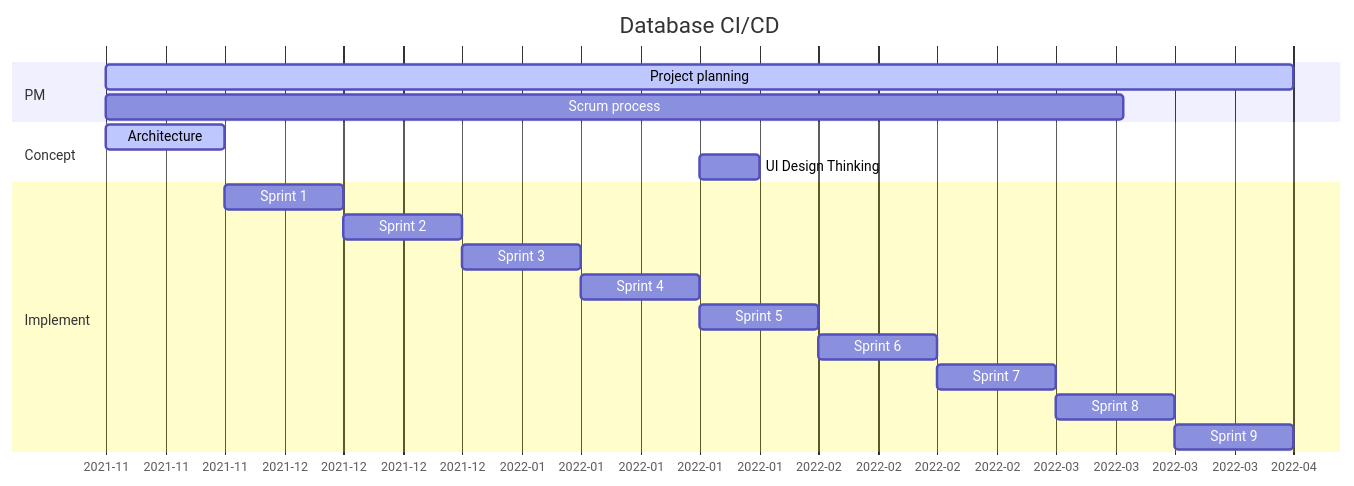
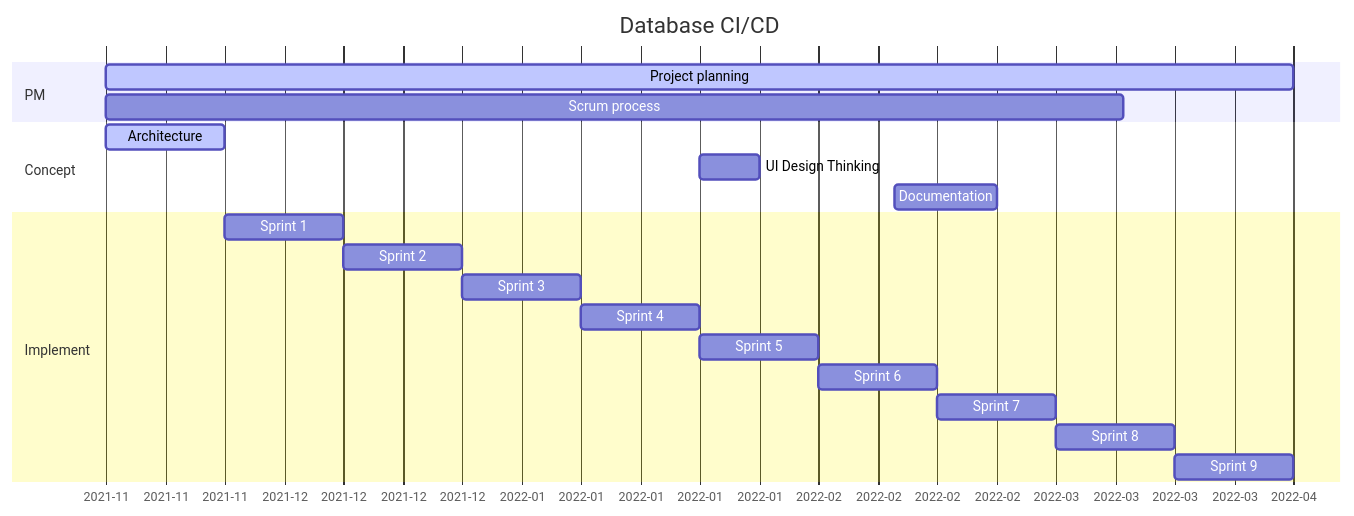
One commit to rtdi/AppContainer changed the diagram in README.md. Above: the diagram before and after it, drawn with Mermaid.

````diff
--- a/README.md
+++ b/README.md
@@ -11,22 +11,23 @@
 ```mermaid
 gantt
     title Database CI/CD
     dateFormat  YYYY-MM-DD
     axisFormat  %Y-%m
     section PM
         Project planning            :active,    PP,          2021-11-14,          140d
         Scrum process               :           SCRUM,       2021-11-14,          120d
     section Concept
         Architecture                :active,    ARCH,        2021-11-14,           14d
         UI Design Thinking          :           UI,          after SPRINT04,        7d
+        Documentation               :           DOC,         2022-02-15,           12d
     section Implement
         Sprint 1                    :           SPRINT01,    after ARCH,           14d
         Sprint 2                    :           SPRINT02,    after SPRINT01,       14d
         Sprint 3                    :           SPRINT03,    after SPRINT02,       14d
         Sprint 4                    :           SPRINT04,    after SPRINT03,       14d
         Sprint 5                    :           SPRINT05,    after SPRINT04,       14d
         Sprint 6                    :           SPRINT06,    after SPRINT05,       14d
         Sprint 7                    :           SPRINT07,    after SPRINT06,       14d
         Sprint 8                    :           SPRINT08,    after SPRINT07,       14d
         Sprint 9                    :           SPRINT09,    after SPRINT08,       14d
 ```
````
